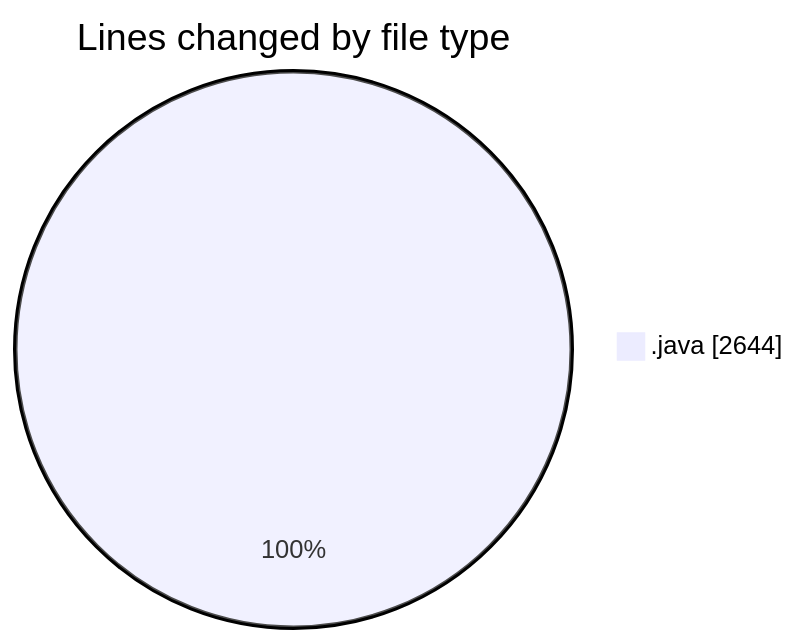
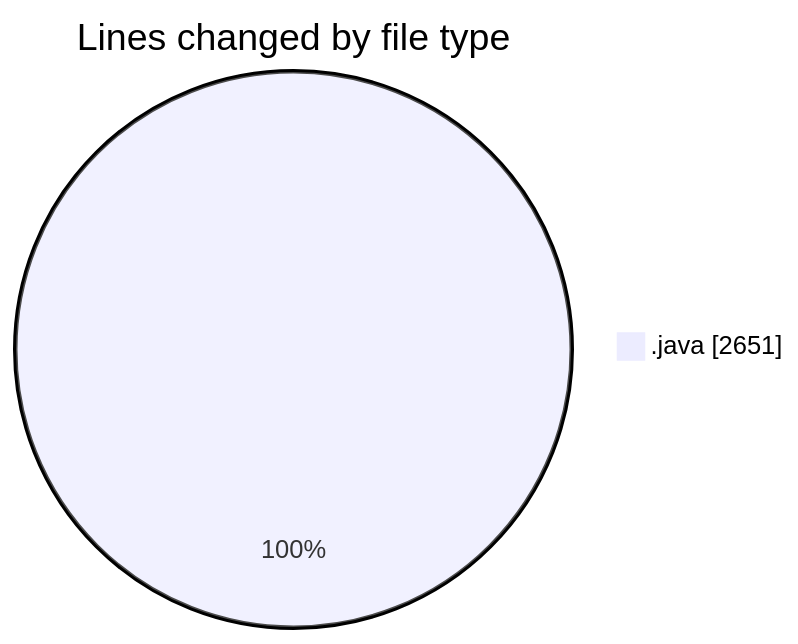
Before and after one commit to ricardozamudiocil/code-tracking: the first of 2 diagrams in 2026-03-10/cilapp/README.md, drawn with Mermaid. The commit also changed other lines of this file and 1 other file, not shown here.

````diff
--- a/2026-03-10/cilapp/README.md
+++ b/2026-03-10/cilapp/README.md
@@ -20,5 +20,5 @@
 ```mermaid
 pie showData
 title Lines changed by file type
-".java" : 2644
+".java" : 2651
 ```
````
